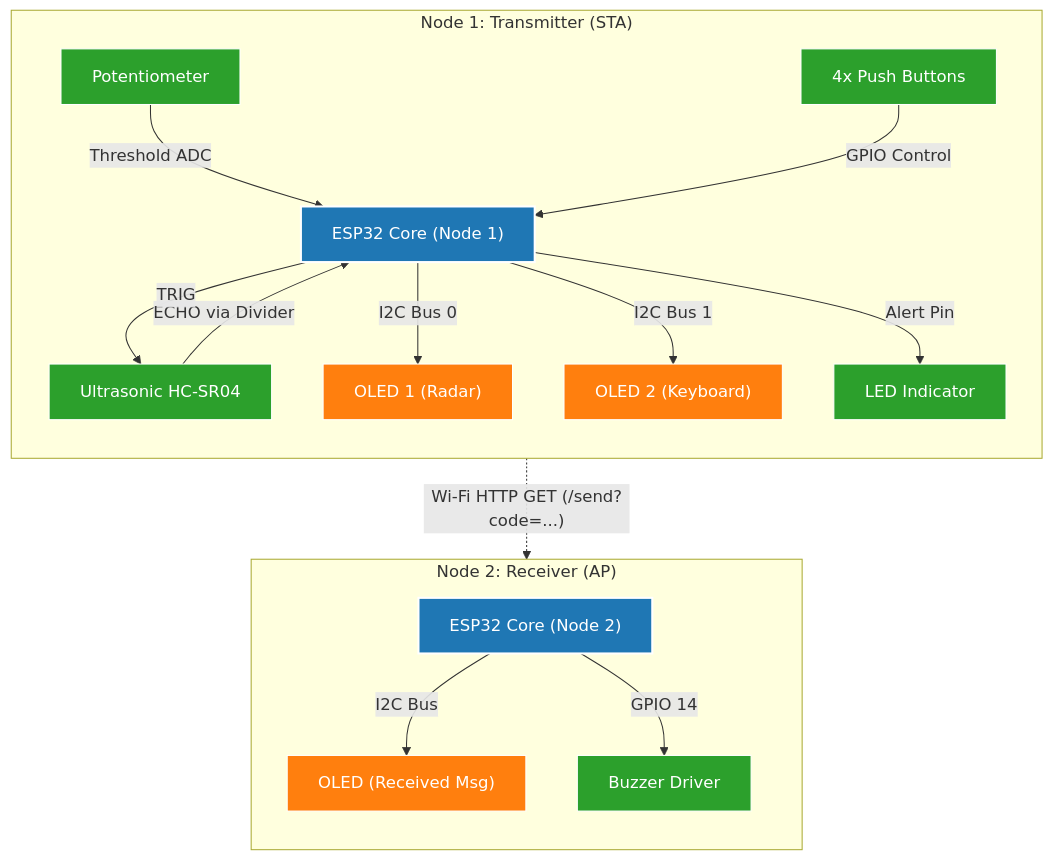
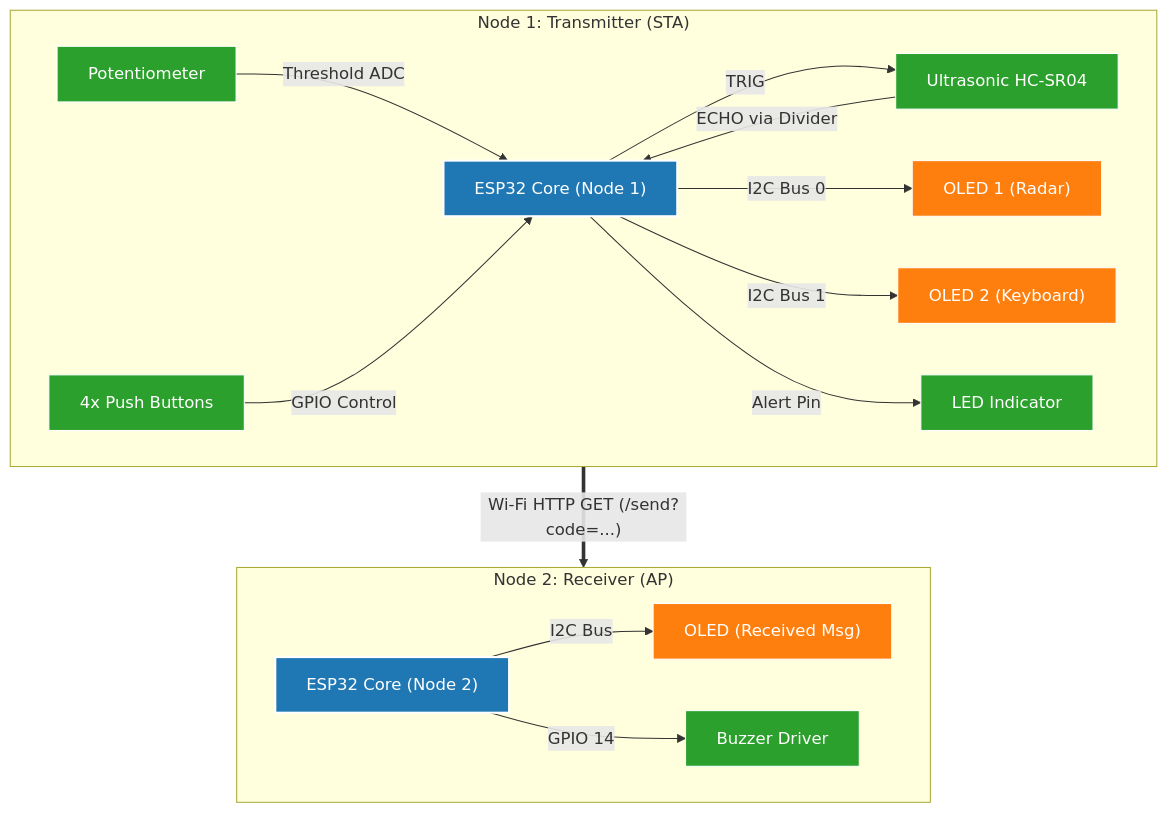
One commit to Alongtis/Intrusion-Alert-System changed the diagram in README.md. Above: the diagram before and after it, drawn with Mermaid.

Commit message:
Fix flow direction and connections in architecture diagram

````diff
--- a/README.md
+++ b/README.md
@@ -9,30 +9,28 @@
 ```mermaid
-flowchart TB
+flowchart TD
     subgraph NODE1["Node 1: Transmitter (STA)"]
-        direction TB
         ESP1["ESP32 Core (Node 1)"]
-        US["Ultrasonic HC-SR04"] -->|ECHO via Divider| ESP1
-        ESP1 -->|TRIG| US
         POT["Potentiometer"] -->|Threshold ADC| ESP1
         BTN["4x Push Buttons"] -->|GPIO Control| ESP1
+        ESP1 -->|TRIG| US["Ultrasonic HC-SR04"]
+        US -->|ECHO via Divider| ESP1
         ESP1 -->|I2C Bus 0| OLED1["OLED 1 (Radar)"]
         ESP1 -->|I2C Bus 1| OLED2["OLED 2 (Keyboard)"]
         ESP1 -->|Alert Pin| LED["LED Indicator"]
     end
 
+    NODE1 ==>|"Wi-Fi HTTP GET (/send?code=...)"| NODE2
+
     subgraph NODE2["Node 2: Receiver (AP)"]
-        direction TB
         ESP2["ESP32 Core (Node 2)"]
         ESP2 -->|I2C Bus| OLED_RX["OLED (Received Msg)"]
         ESP2 -->|GPIO 14| BUZZ["Buzzer Driver"]
     end
-
-    ESP1 -.->|"Wi-Fi HTTP GET (/send?code=...)"| ESP2
 
     classDef mcu fill:#1f77b4,stroke:#fff,stroke-width:2px,color:#fff;
     classDef display fill:#ff7f0e,stroke:#fff,stroke-width:1px,color:#fff;
     classDef sensor fill:#2ca02c,stroke:#fff,stroke-width:1px,color:#fff;
     class ESP1,ESP2 mcu;
     class OLED1,OLED2,OLED_RX display;
     class US,POT,BTN,LED,BUZZ sensor;
 ```
````
